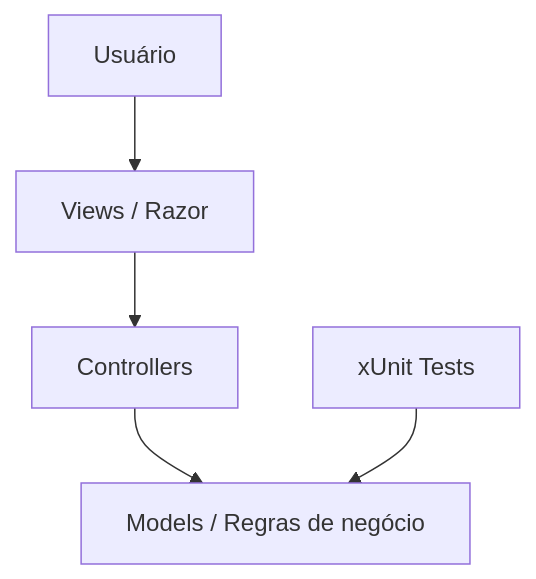
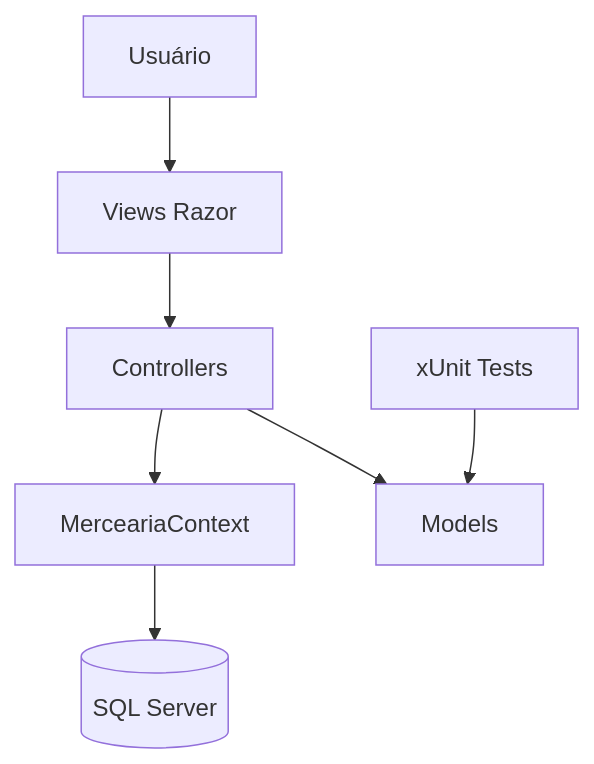
Before and after one commit to Samuel-Ramos-Rodrigues/MerceariaMVC: the second of 3 diagrams in README.md, drawn with Mermaid. The commit also changed other lines of this file, not shown here.

````diff
--- a/README.md
+++ b/README.md
@@ -106,7 +179,9 @@
 ```mermaid
 flowchart TD
-    U[Usuário] --> V[Views / Razor]
+    U[Usuário] --> V[Views Razor]
     V --> C[Controllers]
-    C --> M[Models / Regras de negócio]
+    C --> D[MerceariaContext]
+    D --> DB[(SQL Server)]
+    C --> M[Models]
     T[xUnit Tests] --> M
 ```
````
